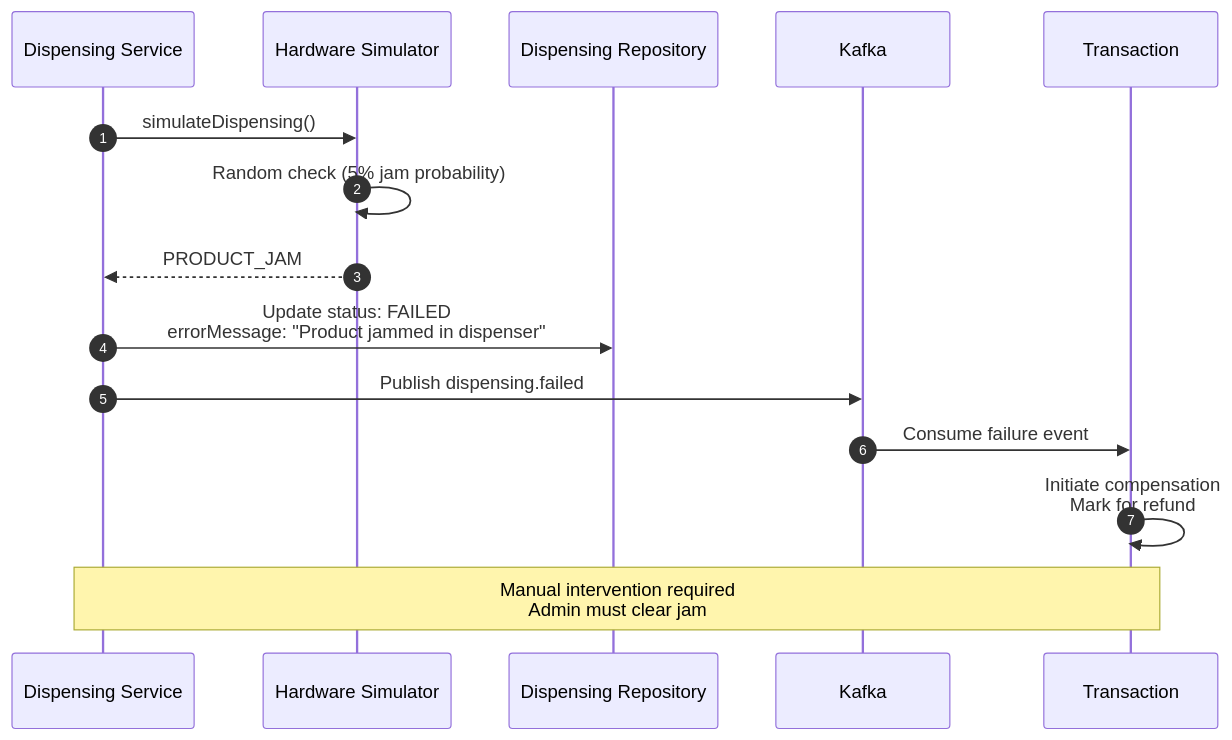
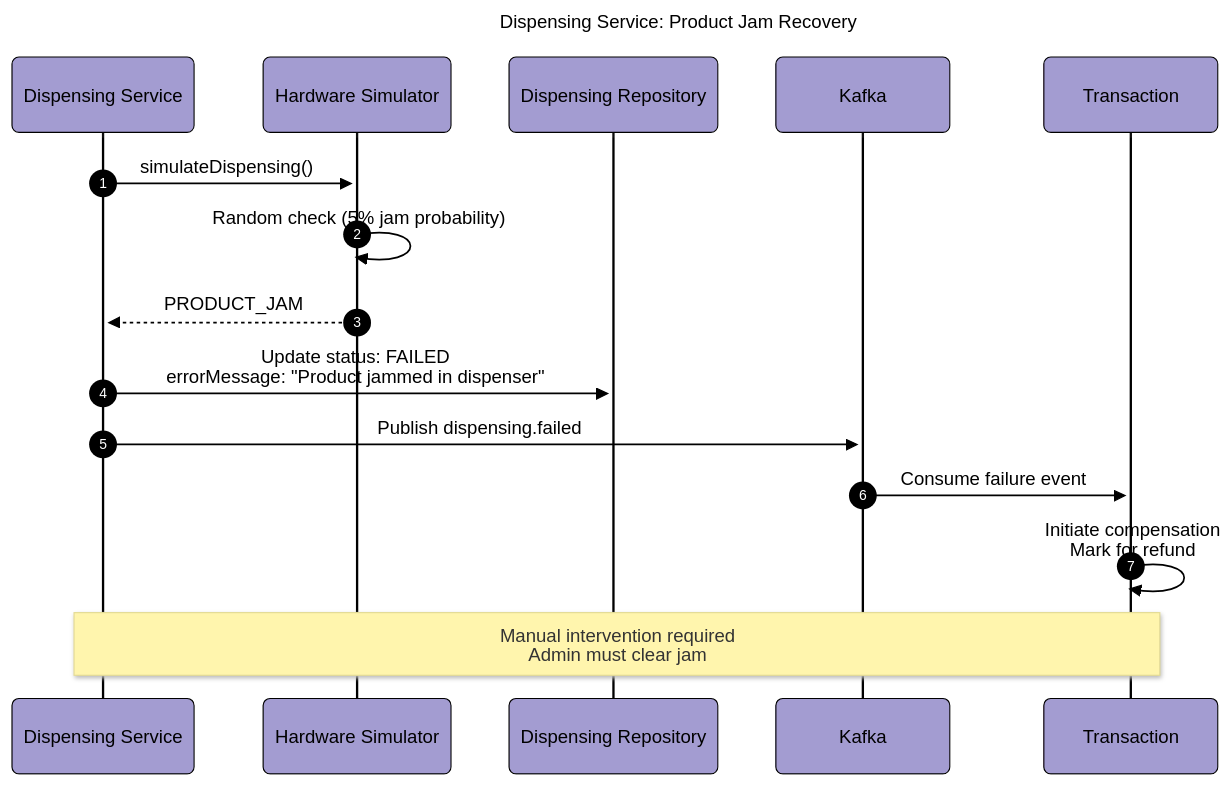
The eighth of 8 diagrams in Documentation/diagrams/dispensing-service.md (BrunoGil-AS/Vending-Machine-Microservices), drawn with Mermaid before and after one commit. The commit also changed other lines of this file and 7 other files, not shown here.

Commit message:
docs: Update service diagrams with new configurations and titles

````diff
--- a/Documentation/diagrams/dispensing-service.md
+++ b/Documentation/diagrams/dispensing-service.md
@@ -303,21 +401,35 @@
 ```mermaid
+---
+config:
+  theme: base
+  themeVariables:
+    primaryColor: '#a39cd1ff'
+    primaryTextColor: '#000000'
+    secondaryTextColor: '#ffffffff'
+    primaryBorderColor: '#000000'
+    lineColor: '#000000ff'
+    secondaryColor: '#90b590ff'
+    tertiaryColor: '#f9f6a1ff'
+  look: neo
+title: 'Dispensing Service: Product Jam Recovery'
+---
 sequenceDiagram
     autonumber
     participant Service as Dispensing Service
     participant Simulator as Hardware Simulator
     participant Repo as Dispensing Repository
     participant Kafka
     participant Transaction
 
     Service->>Simulator: simulateDispensing()
     Simulator->>Simulator: Random check (5% jam probability)
     Simulator-->>Service: PRODUCT_JAM
 
     Service->>Repo: Update status: FAILED<br/>errorMessage: "Product jammed in dispenser"
     Service->>Kafka: Publish dispensing.failed
 
     Kafka->>Transaction: Consume failure event
     Transaction->>Transaction: Initiate compensation<br/>Mark for refund
 
     Note over Service,Transaction: Manual intervention required<br/>Admin must clear jam
 ```
````
